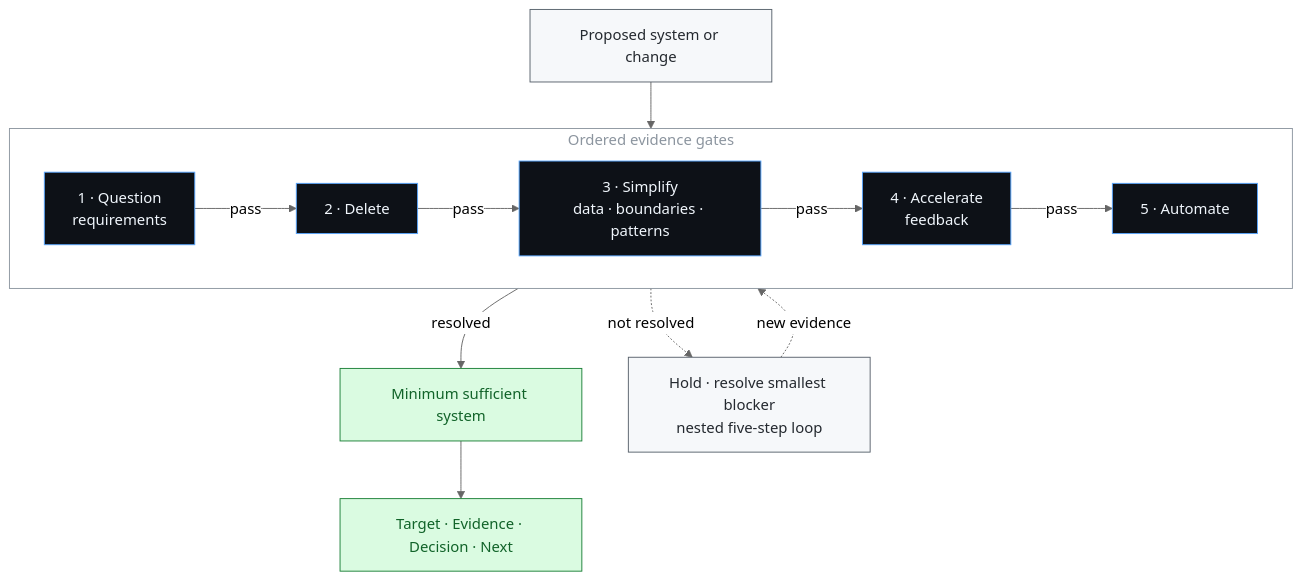
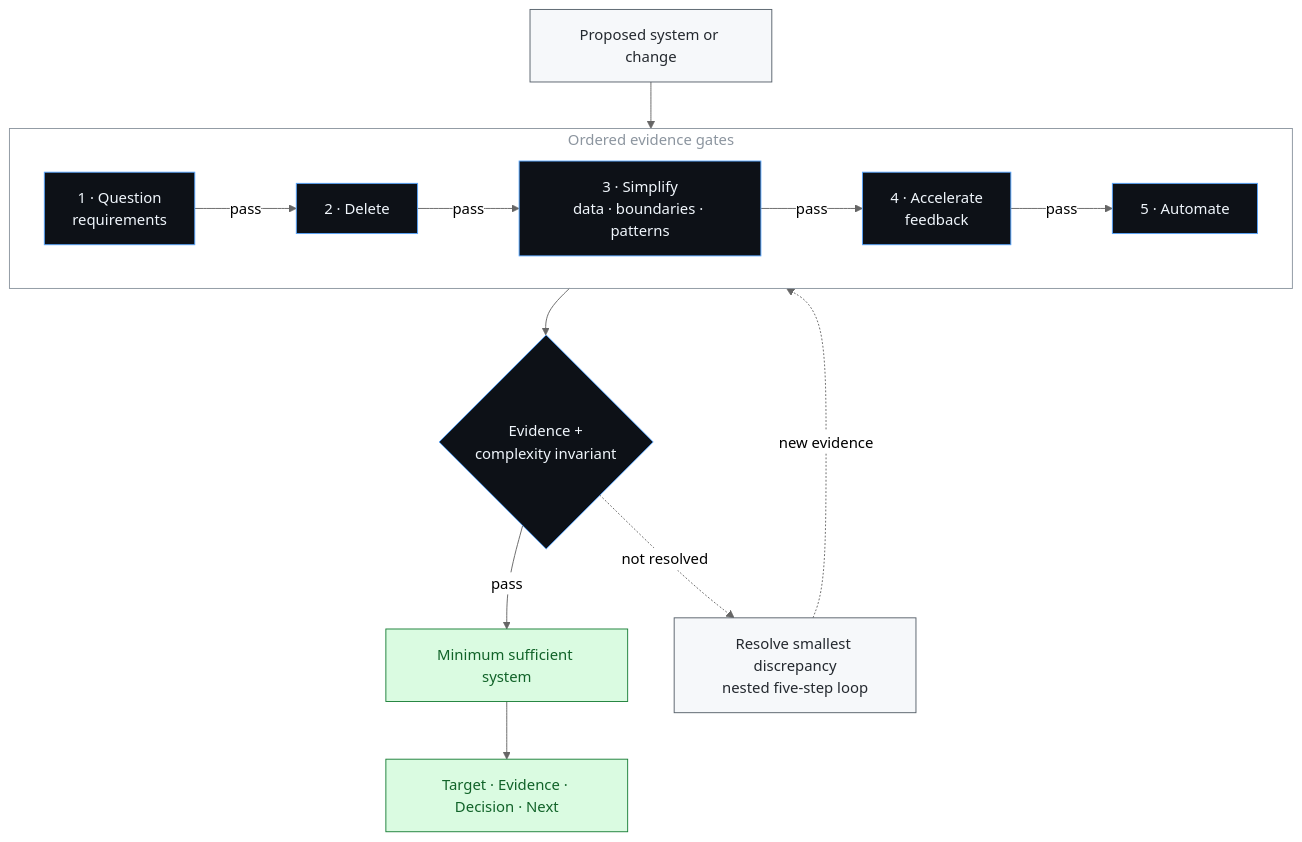
One commit to ZepinLi/five-step-engineering changed the diagram in README.md. Above: the diagram before and after it, drawn with Mermaid (neutral theme). The commit also changed other lines of this file and 11 other files, not shown here.

````diff
--- a/README.md
+++ b/README.md
@@ -12,24 +12,25 @@
 ```mermaid
 flowchart TB
     I["Proposed system or change"]
     subgraph P["Ordered evidence gates"]
         direction LR
         Q["1 · Question<br/>requirements"] -->|"pass"| D["2 · Delete"]
         D -->|"pass"| S["3 · Simplify<br/>data · boundaries · patterns"]
         S -->|"pass"| C["4 · Accelerate<br/>feedback"]
         C -->|"pass"| A["5 · Automate"]
     end
     I --> P
-    P -->|"resolved"| O["Minimum sufficient system"]
+    P --> G{"Evidence +<br/>complexity invariant"}
+    G -->|"pass"| O["Minimum sufficient system"]
     O --> R["Target · Evidence · Decision · Next"]
-    P -. "not resolved" .-> L["Hold · resolve smallest blocker<br/>nested five-step loop"]
+    G -. "not resolved" .-> L["Resolve smallest discrepancy<br/>nested five-step loop"]
     L -. "new evidence" .-> P
 
     classDef input fill:#f6f8fa,stroke:#57606a,color:#24292f;
     classDef gate fill:#0d1117,stroke:#58a6ff,color:#f0f6fc;
     classDef result fill:#dafbe1,stroke:#1a7f37,color:#116329;
     class I,L input;
-    class Q,D,S,C,A gate;
+    class Q,D,S,C,A,G gate;
     class O,R result;
     style P fill:transparent,stroke:#8c959f,color:#8c959f;
 ```
````
